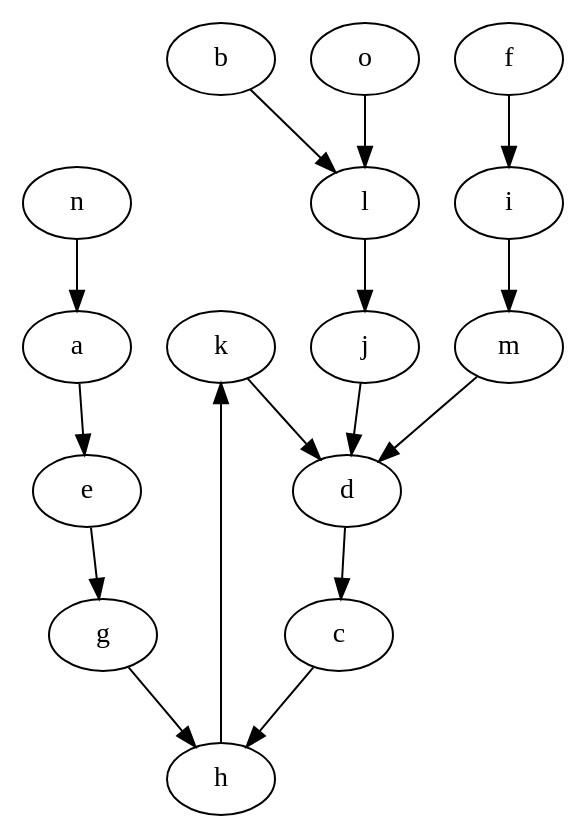
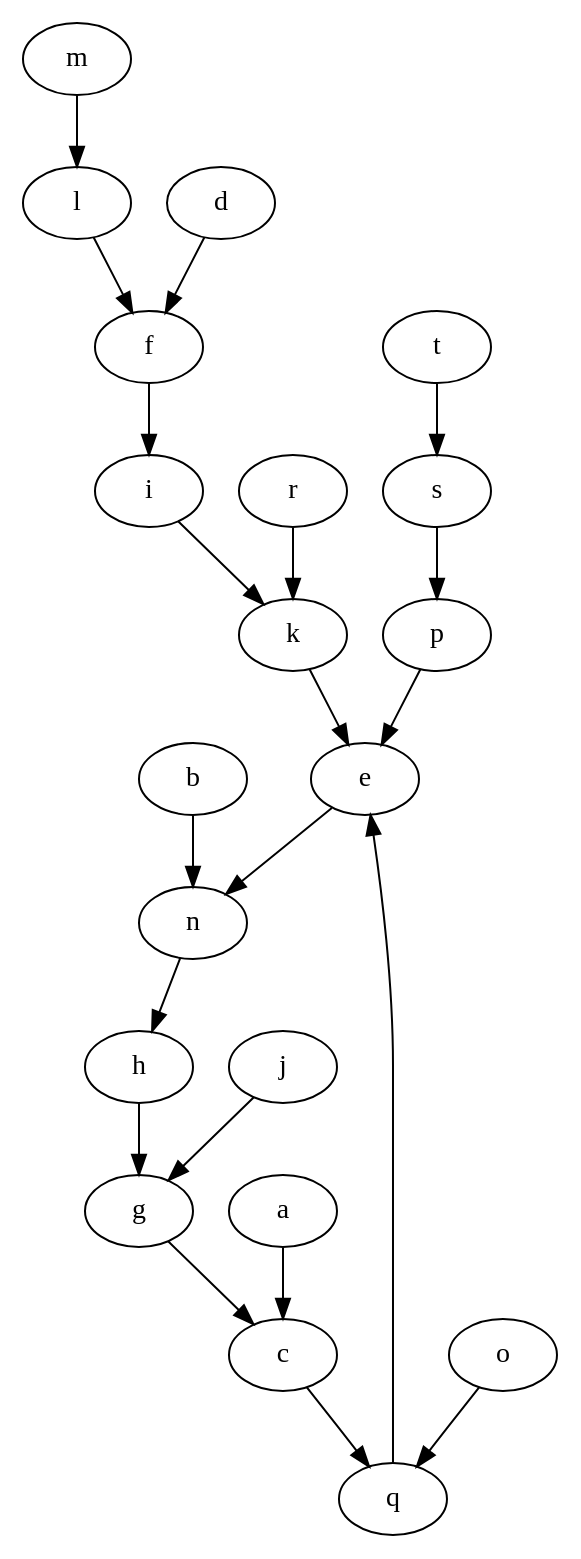
One commit to ClayDowling/llintersections changed the diagram in samples/graphD.gv. Above: the diagram before and after it, drawn with Graphviz. The commit also changed 23 other files, not shown here.

```diff
--- a/samples/graphD.gv
+++ b/samples/graphD.gv
@@ -1,17 +1,22 @@
 digraph intersection {
-  k -> d
-  l -> j
-  e -> g
-  c -> h
-  g -> h
+  m -> l
+  n -> h
+  d -> f
+  e -> n
+  a -> c
+  b -> n
+  p -> e
+  k -> e
+  o -> q
+  q -> e
+  r -> k
+  s -> p
+  j -> g
+  t -> s
+  g -> c
+  l -> f
+  i -> k
   f -> i
-  i -> m
-  o -> l
-  b -> l
-  a -> e
-  h -> k
-  n -> a
-  m -> d
-  d -> c
-  j -> d
+  c -> q
+  h -> g
 }
```
